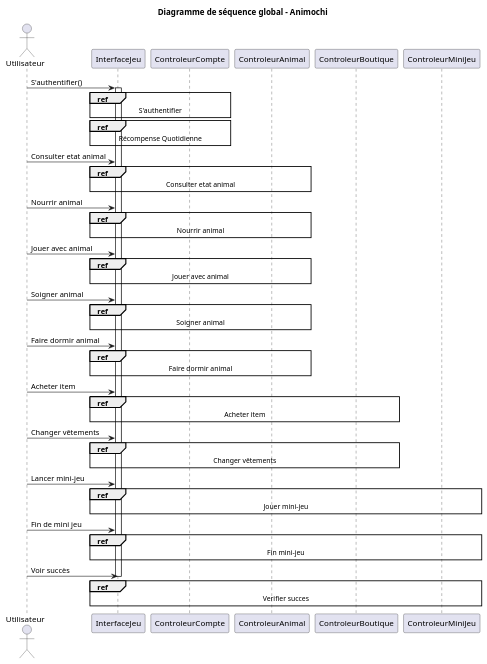
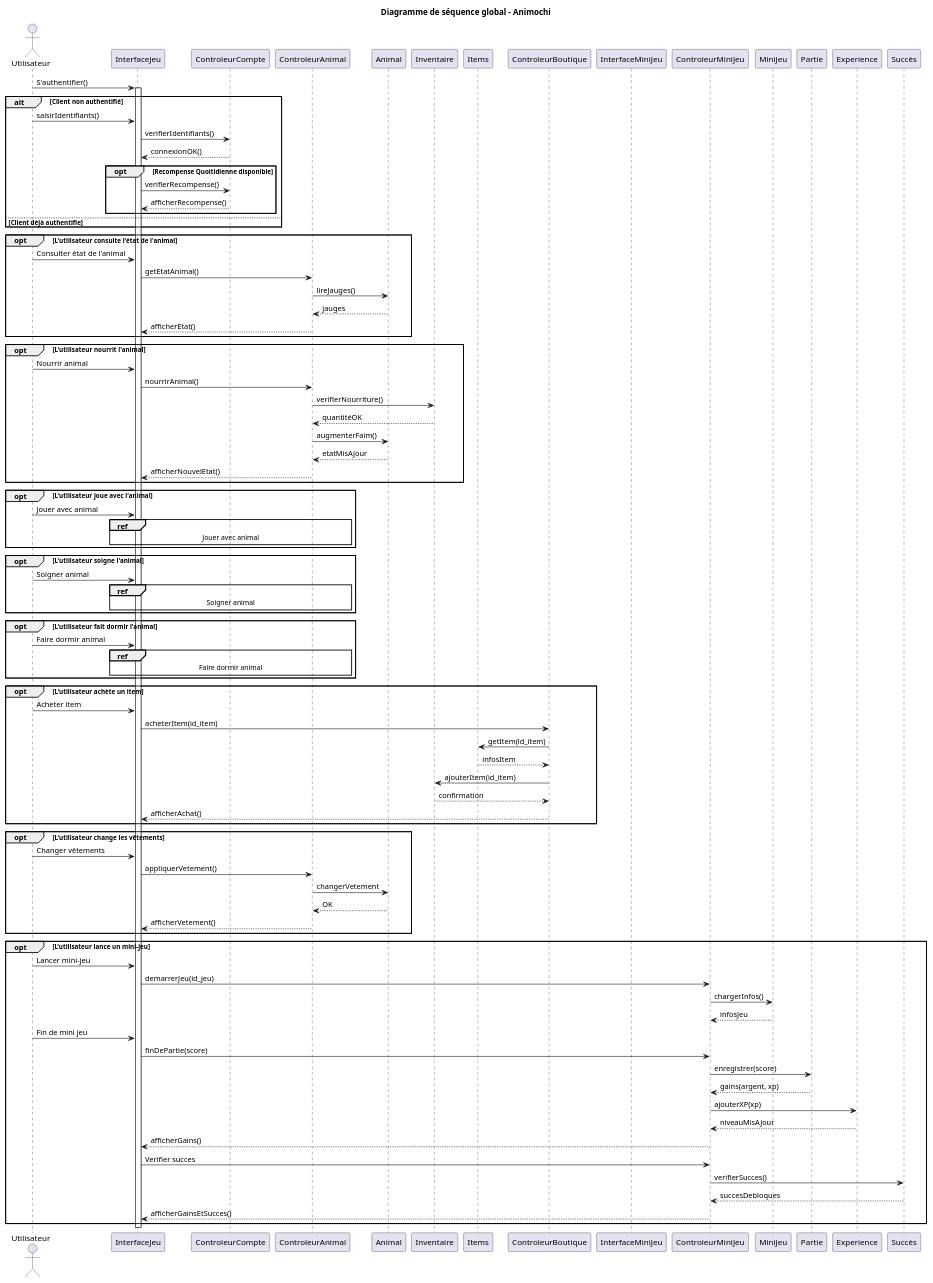
Before and after one commit to Sophololol/Application-Web---ANIMOCHI: the third of 6 diagrams in Diagrammes.wsd, drawn with PlantUML. The commit also changed other lines of this file, not shown here.

Commit message:
Mise à jour du fichier Diagrammes.wsd Modification du diagramme de séquence

```diff
--- a/Diagrammes.wsd
+++ b/Diagrammes.wsd
@@ -145,38 +141,104 @@
 @startuml "Diagramme de séquence"
 title "Diagramme de séquence global - Animochi"
 actor "Utilisateur" as U
 participant "InterfaceJeu" as IJ
 participant "ControleurCompte" as CC
 participant "ControleurAnimal" as CA
+participant "Animal" as A
+participant "Inventaire" as I
+participant "Items" as It
 participant "ControleurBoutique" as CB
+participant "InterfaceMiniJeu" as IMJ
 participant "ControleurMiniJeu" as CMJ
+participant "MiniJeu" as MJ
+participant "Partie" as P
+participant "Experience" as E
+participant "Succès" as S
 
 U->IJ:S'authentifier()
 activate IJ
-ref over IJ, CC:S'authentifier
-ref over IJ, CC:Récompense Quotidienne
+alt Client non authentifié 
+    U -> IJ : saisirIdentifiants()
+    IJ -> CC : verifierIdentifiants()
+    CC --> IJ : connexionOK()
+    
+    opt Recompense Quoitidienne disponible
+        IJ->CC:verifierRecompense()
+        CC-->IJ:afficherRecompense()
+    end
+else Client déjà authentifie
+    'Rien à faire
+end
 
-U->IJ:Consulter etat animal
-ref over IJ, CA:Consulter etat animal
-U->IJ:Nourrir animal
-ref over IJ, CA:Nourrir animal
-U->IJ:Jouer avec animal
-ref over IJ, CA:Jouer avec animal
-U->IJ:Soigner animal
-ref over IJ, CA:Soigner animal
-U->IJ:Faire dormir animal
-ref over IJ, CA:Faire dormir animal
+opt L'utilisateur consulte l'état de l'animal
+    U->IJ:Consulter état de l'animal
+    IJ->CA:getEtatAnimal()
+    CA->A:lireJauges()
+    A-->CA:jauges
+    CA-->IJ:afficherEtat()
+end
 
-U->IJ:Acheter item
-ref over IJ, CB:Acheter item
-U->IJ:Changer vêtements
-ref over IJ, CB:Changer vêtements
+opt L'utilisateur nourrit l'animal
+    U->IJ:Nourrir animal
+    IJ->CA:nourrirAnimal()
+    CA->I:verifierNourriture()
+    I-->CA:quantitéOK
+    CA->A:augmenterFaim()
+    A-->CA:etatMisAJour
+    CA-->IJ:afficherNouvelEtat()
+end
 
-U->IJ:Lancer mini-jeu
-ref over IJ, CMJ:Jouer mini-jeu
-U->IJ:Fin de mini jeu
-ref over IJ, CMJ:Fin mini-jeu
-U->IJ:Voir succès
-ref over IJ, CMJ:Verifier succes
+opt L'utilisateur joue avec l'animal
+    U->IJ:Jouer avec animal
+    ref over IJ, CA:Jouer avec animal
+end
+
+opt L'utilisateur soigne l'animal
+    U->IJ:Soigner animal
+    ref over IJ, CA:Soigner animal
+end
+
+opt L'utilisateur fait dormir l'animal
+    U->IJ:Faire dormir animal
+    ref over IJ, CA:Faire dormir animal
+end
+
+opt L'utilisateur achète un item
+    U->IJ:Acheter item
+    IJ->CB:acheterItem(id_item)
+    CB->It:getItem(id_item)
+    It-->CB:infosItem
+    CB->I:ajouterItem(id_item)
+    I-->CB:confirmation
+    CB-->IJ:afficherAchat()
+end
+
+opt L'utilisateur change les vêtements
+    U->IJ:Changer vêtements
+    IJ->CA:appliquerVetement()
+    CA->A:changerVetement
+    A-->CA:OK
+    CA-->IJ:afficherVetement()
+end
+
+opt L’utilisateur lance un mini-jeu
+    U->IJ:Lancer mini-jeu
+    IJ->CMJ:demarrerJeu(id_jeu)
+    CMJ->MJ:chargerInfos()
+    MJ-->CMJ:infosJeu
+
+    U->IJ:Fin de mini jeu
+    IJ->CMJ:finDePartie(score)
+    CMJ->P:enregistrer(score)
+    P-->CMJ:gains(argent, xp)
+    CMJ->E:ajouterXP(xp)
+    E-->CMJ:niveauMisAJour
+    CMJ-->IJ:afficherGains()
+
+    IJ->CMJ:Verifier succes
+    CMJ->S:verifierSucces()
+    S-->CMJ:succesDebloques
+    CMJ-->IJ:afficherGainsEtSucces()
+end
 deactivate IJ
 @enduml
```
